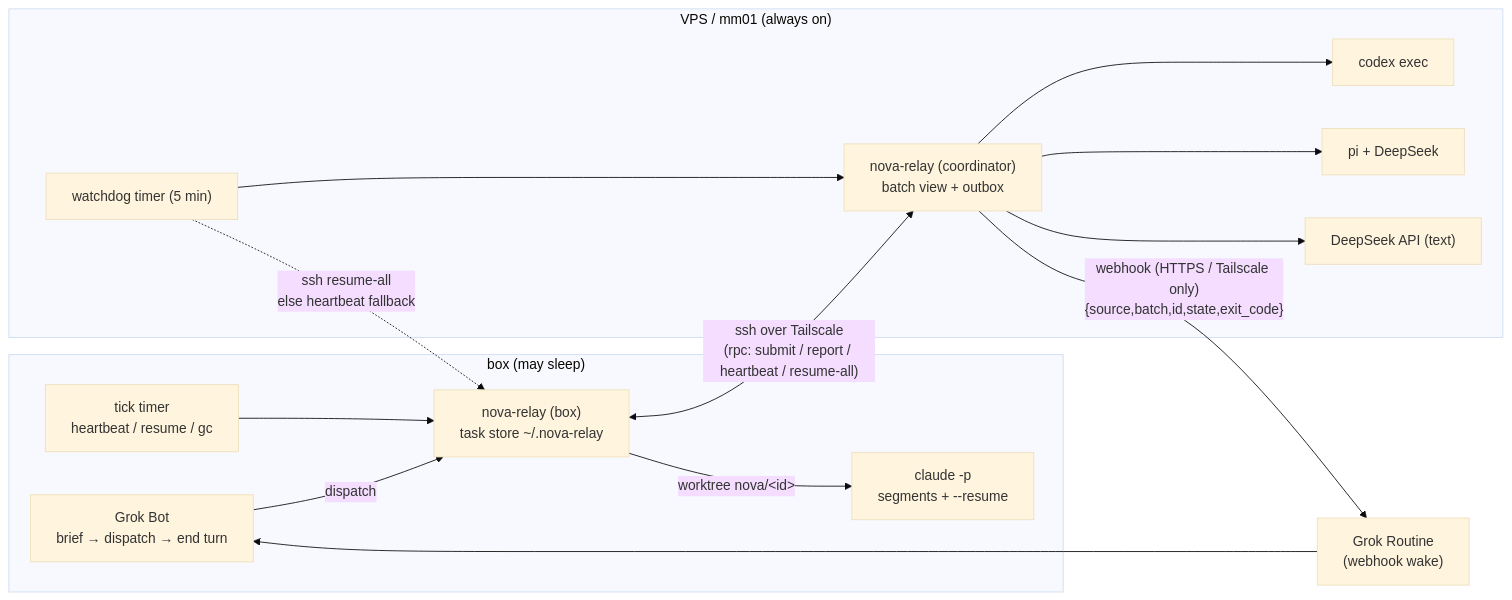
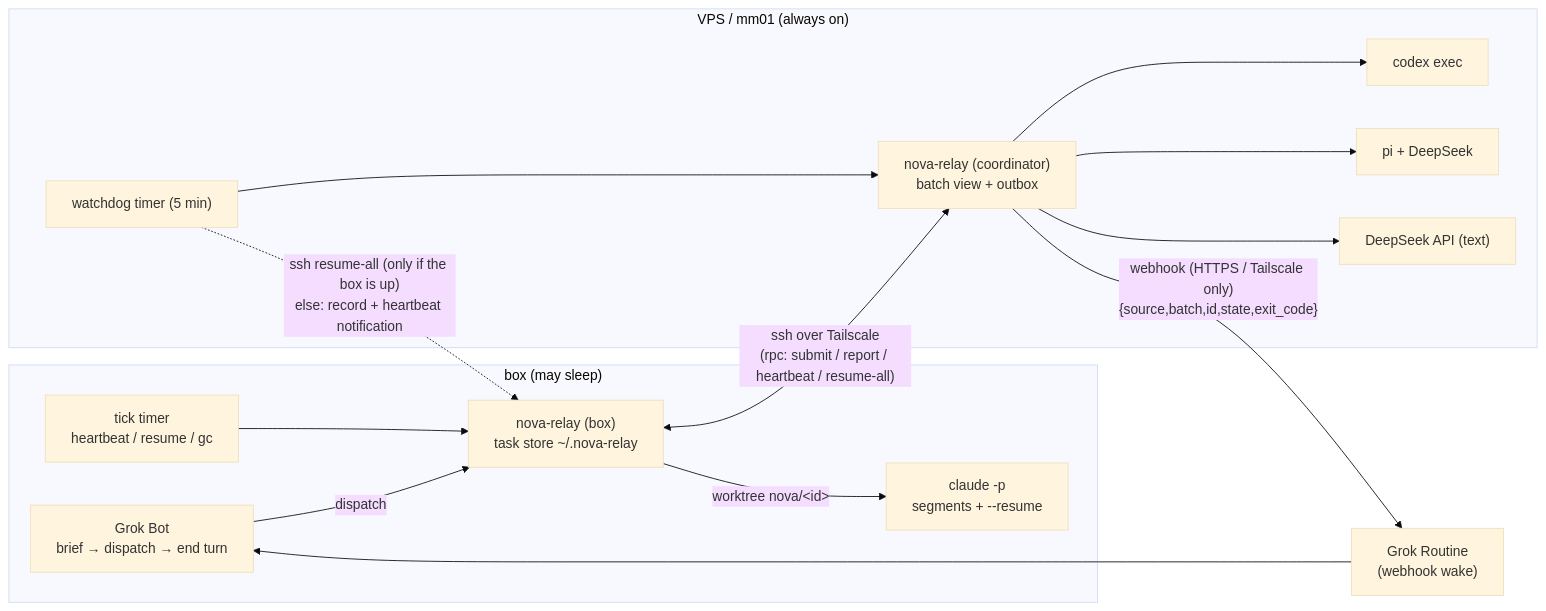
One commit to janusjnm/nova-relay changed the diagram in README.md. Above: the diagram before and after it, drawn with Mermaid (base theme). The commit also changed other lines of this file and 12 other files, not shown here.

````diff
--- a/README.md
+++ b/README.md
@@ -23,25 +23,25 @@
 ```mermaid
 flowchart LR
   subgraph BOX["box (may sleep)"]
     G["Grok Bot<br/>brief → dispatch → end turn"]
     NB["nova-relay (box)<br/>task store ~/.nova-relay"]
     C["claude -p<br/>segments + --resume"]
     T1["tick timer<br/>heartbeat / resume / gc"]
     G -->|dispatch| NB
     NB -->|worktree nova/&lt;id&gt;| C
     T1 --> NB
   end
   subgraph VPS["VPS / mm01 (always on)"]
     NV["nova-relay (coordinator)<br/>batch view + outbox"]
     X["codex exec"]
     P["pi + DeepSeek"]
     D["DeepSeek API (text)"]
     W["watchdog timer (5 min)"]
     NV --> X & P & D
     W --> NV
   end
   NB <-->|"ssh over Tailscale<br/>(rpc: submit / report / heartbeat / resume-all)"| NV
-  W -.->|"ssh resume-all<br/>else heartbeat fallback"| NB
+  W -.->|"ssh resume-all (only if the box is up)<br/>else: record + heartbeat notification"| NB
   NV -->|"webhook (HTTPS / Tailscale only)<br/>{source,batch,id,state,exit_code}"| R["Grok Routine<br/>(webhook wake)"]
   R --> G
 ```
````
